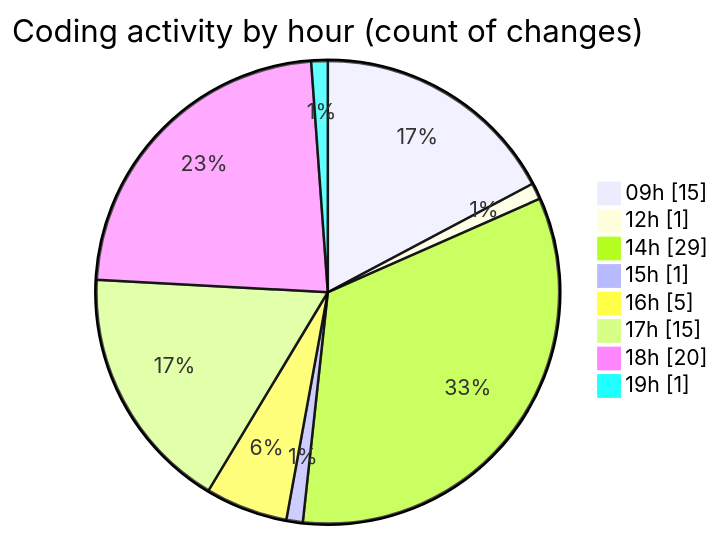
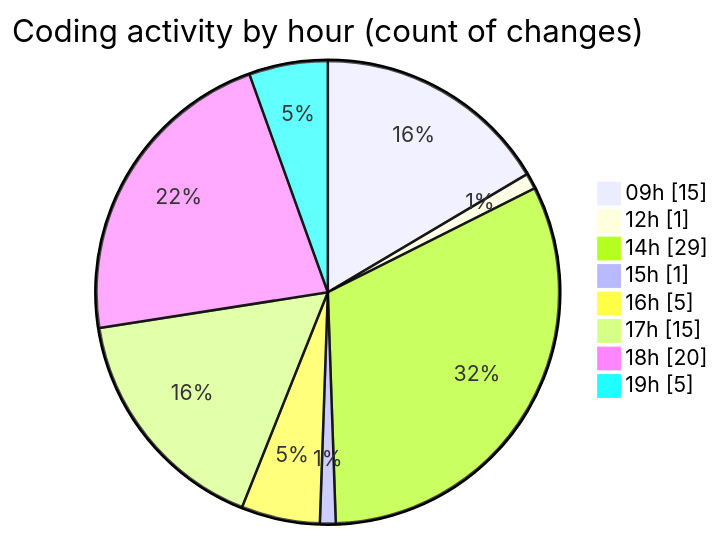
Before and after one commit to momahboobian/code-tracking: the second of 2 diagrams in 2026-09-08/cda/README.md, drawn with Mermaid. The commit also changed other lines of this file and 1 other file, not shown here.

````diff
--- a/2026-09-08/cda/README.md
+++ b/2026-09-08/cda/README.md
@@ -63,12 +63,12 @@
 ```mermaid
 pie showData
 title Coding activity by hour (count of changes)
 "09h" : 15
 "12h" : 1
 "14h" : 29
 "15h" : 1
 "16h" : 5
 "17h" : 15
 "18h" : 20
-"19h" : 1
+"19h" : 5
 ```
````
